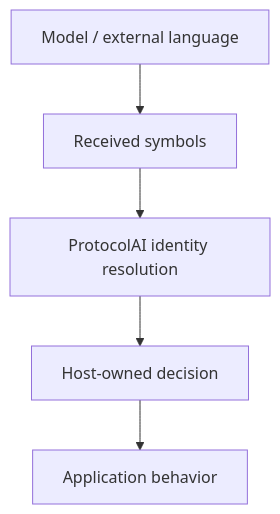
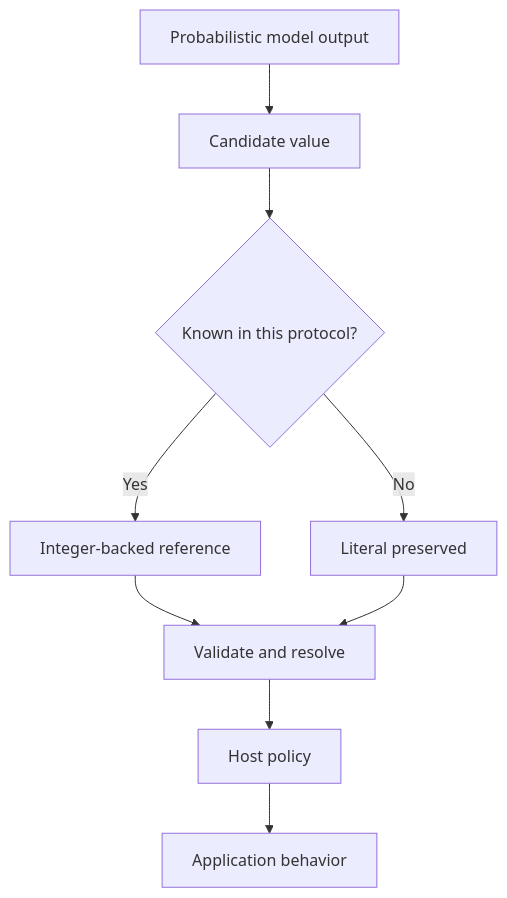
Before and after one commit to TrentBest/TheSingularityWorkshop.ProtocolAi: the diagram in README.md, drawn with Mermaid. The commit also changed other lines of this file, not shown here.

Commit message:
Reshape ProtocolAi README around the living documentation experience

````diff
--- a/README.md
+++ b/README.md
@@ -16,7 +41,11 @@
-```mermaid
+~~~mermaid
 flowchart TD
-  L[Model / external language] --> X[Received symbols]
-  X --> P[ProtocolAI identity resolution]
-  P --> H[Host-owned decision]
-  H --> A[Application behavior]
-```
+    A[Probabilistic model output] --> B[Candidate value]
+    B --> C{Known in this protocol?}
+    C -->|Yes| D[Integer-backed reference]
+    C -->|No| E[Literal preserved]
+    D --> F[Validate and resolve]
+    E --> F
+    F --> G[Host policy]
+    G --> H[Application behavior]
+~~~
````
